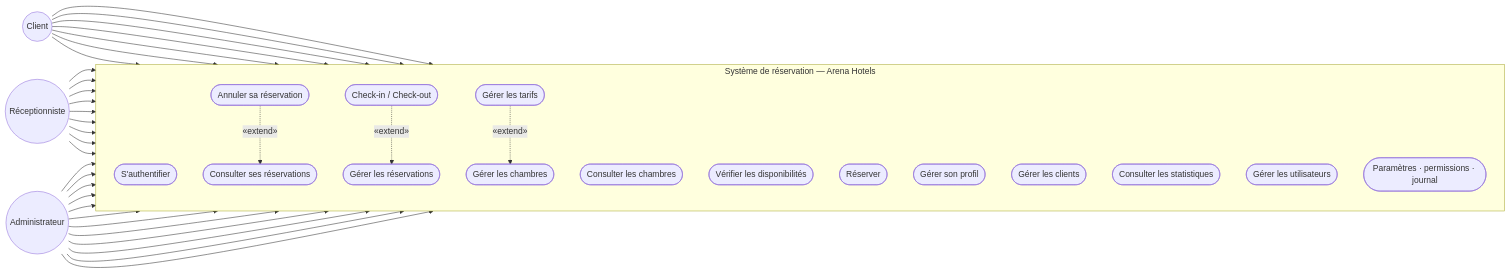
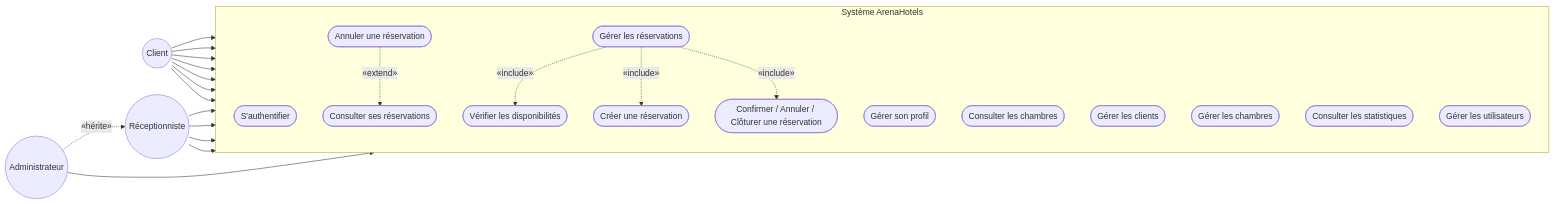
The first of 3 diagrams in docs/conception.md (IsholaRsk/ArenaHotels), drawn with Mermaid before and after one commit. The commit also changed other lines of this file, not shown here.

Commit message:
Conception: diagrammes (cas d'utilisation, classes, MLDR) alignes sur le schema UML de reference

````diff
--- a/docs/conception.md
+++ b/docs/conception.md
@@ -12,33 +17,33 @@
 ```mermaid
 flowchart LR
   Client((Client))
-  Receptionniste(("Réceptionniste"))
-  Admin(("Administrateur"))
+  Receptionniste((Réceptionniste))
+  Administrateur((Administrateur))
 
-  subgraph SYS["Système de réservation — Arena Hotels"]
+  subgraph SYS["Système ArenaHotels"]
     direction TB
-    UC1(["S'authentifier"])
-    UC2(["Consulter les chambres"])
-    UC3(["Vérifier les disponibilités"])
-    UC4(["Réserver"])
-    UC5(["Consulter ses réservations"])
-    UC6(["Annuler sa réservation"])
-    UC7(["Gérer son profil"])
-    UC8(["Gérer les réservations"])
-    UC9(["Check-in / Check-out"])
-    UC10(["Gérer les clients"])
-    UC11(["Gérer les chambres"])
-    UC12(["Gérer les tarifs"])
-    UC13(["Consulter les statistiques"])
-    UC14(["Gérer les utilisateurs"])
-    UC15(["Paramètres · permissions · journal"])
+    AUTH(["S'authentifier"])
+    PROFIL(["Gérer son profil"])
+    CONS_CH(["Consulter les chambres"])
+    VERIF_DISPO(["Vérifier les disponibilités"])
+    CREER_RES(["Créer une réservation"])
+    CONS_RES(["Consulter ses réservations"])
+    ANNULER(["Annuler une réservation"])
+    GERER_RES(["Gérer les réservations"])
+    CONFIRMER(["Confirmer / Annuler / Clôturer une réservation"])
+    GERER_CLI(["Gérer les clients"])
+    GERER_CH(["Gérer les chambres"])
+    STATS(["Consulter les statistiques"])
+    GERER_UTIL(["Gérer les utilisateurs"])
   end
 
-  Client --> UC1 & UC2 & UC3 & UC4 & UC5 & UC6 & UC7
-  Receptionniste --> UC1 & UC2 & UC3 & UC4 & UC8 & UC9 & UC10 & UC11 & UC13
-  Admin --> UC1 & UC2 & UC3 & UC4 & UC8 & UC9 & UC10 & UC11 & UC12 & UC13 & UC14 & UC15
+  Client --> AUTH & PROFIL & CONS_CH & VERIF_DISPO & CREER_RES & CONS_RES & ANNULER
+  Receptionniste --> GERER_RES & GERER_CLI & GERER_CH & STATS
+  Administrateur --> GERER_UTIL
+  Administrateur -. "«hérite»" .-> Receptionniste
 
-  UC6 -. "«extend»" .-> UC5
-  UC9 -. "«extend»" .-> UC8
-  UC12 -. "«extend»" .-> UC11
+  ANNULER -. "«extend»" .-> CONS_RES
+  GERER_RES -. "«include»" .-> VERIF_DISPO
+  GERER_RES -. "«include»" .-> CREER_RES
+  GERER_RES -. "«include»" .-> CONFIRMER
 ```
````
